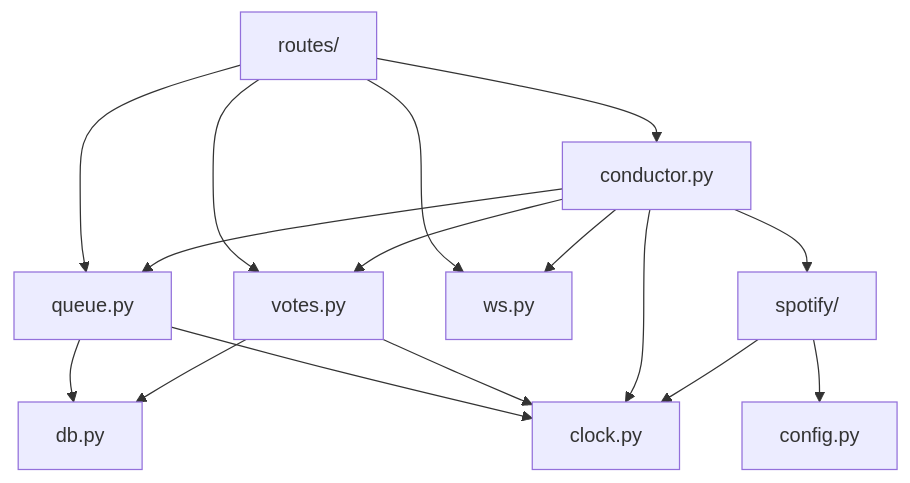
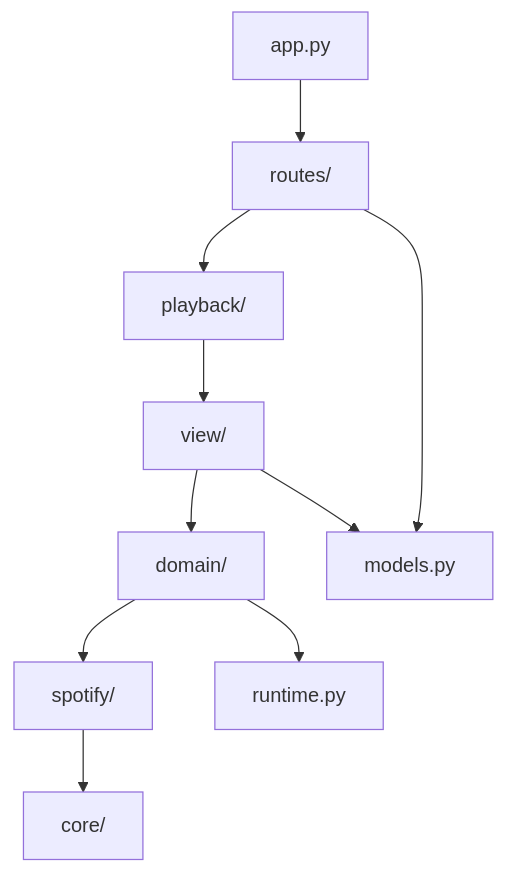
The third of 3 diagrams in .docs/03-arquitetura.md (pumba-dev/party-jukebox), drawn with Mermaid before and after one commit. The commit also changed other lines of this file and 17 other files, not shown here.

````diff
--- a/.docs/03-arquitetura.md
+++ b/.docs/03-arquitetura.md
@@ -321,18 +373,12 @@
 ```mermaid
 flowchart TD
-    R["routes/"] --> Q["queue.py"]
-    R --> V["votes.py"]
-    R --> C["conductor.py"]
-    R --> W["ws.py"]
-    C --> Q
-    C --> V
-    C --> SP["spotify/"]
-    C --> W
-    Q --> DB["db.py"]
-    V --> DB
-    SP --> CFG["config.py"]
-    Q --> CLK["clock.py"]
-    V --> CLK
-    C --> CLK
-    SP --> CLK
+    A["app.py"] --> R["routes/"]
+    R --> P["playback/"]
+    P --> V["view/"]
+    V --> D["domain/"]
+    D --> S["spotify/"]
+    S --> C["core/"]
+    R --> M["models.py"]
+    V --> M
+    D --> RT["runtime.py"]
 ```
````
